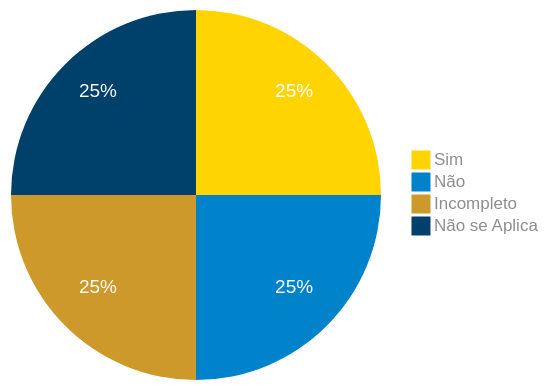
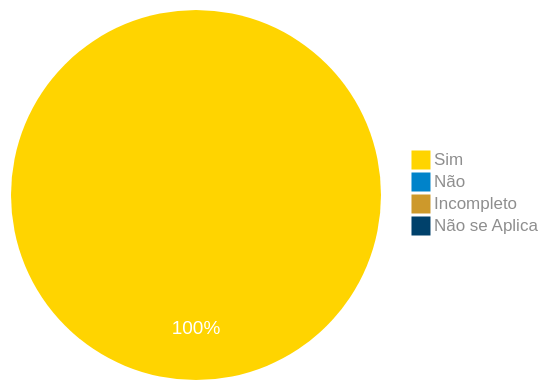
One commit to claudiohsc/2024.1-Correios changed the diagram in docs/verificacao_01/grupo/DAD/nivel2/prototipo_papel/relato_dos_resultados_PP/minhas-importacoes-pp.md. Above: the diagram before and after it, drawn with Mermaid. The commit also changed other lines of this file, not shown here.

````diff
--- a/docs/verificacao_01/grupo/DAD/nivel2/prototipo_papel/relato_dos_resultados_PP/minhas-importacoes-pp.md
+++ b/docs/verificacao_01/grupo/DAD/nivel2/prototipo_papel/relato_dos_resultados_PP/minhas-importacoes-pp.md
@@ -89,24 +93,24 @@
 ``` mermaid
 %%{
   init: {
     'theme': 'base',
     'themeVariables': {
         'primaryColor': '#FFD400',
         'secondaryColor': '#0083CA',
         'tertiaryColor': '#CD992B',
         'pie4': '#00416B',
         'primaryTextColor': '#8e8e8e',
         'pieStrokeWidth': '0px',
         'pieOuterStrokeWidth': '0px',
         'pieOpacity': '1',
         'pieSectionTextColor': '#fff',
         'pieSectionTextSize': '19px'
     }
   }
 }%%
 pie
-    "Sim" : 1
-    "Não" : 1
-    "Incompleto" : 1
-    "Não se Aplica" : 1
+    "Sim" : 13
+    "Não" : 0
+    "Incompleto" : 0
+    "Não se Aplica" : 0
 ```
````
